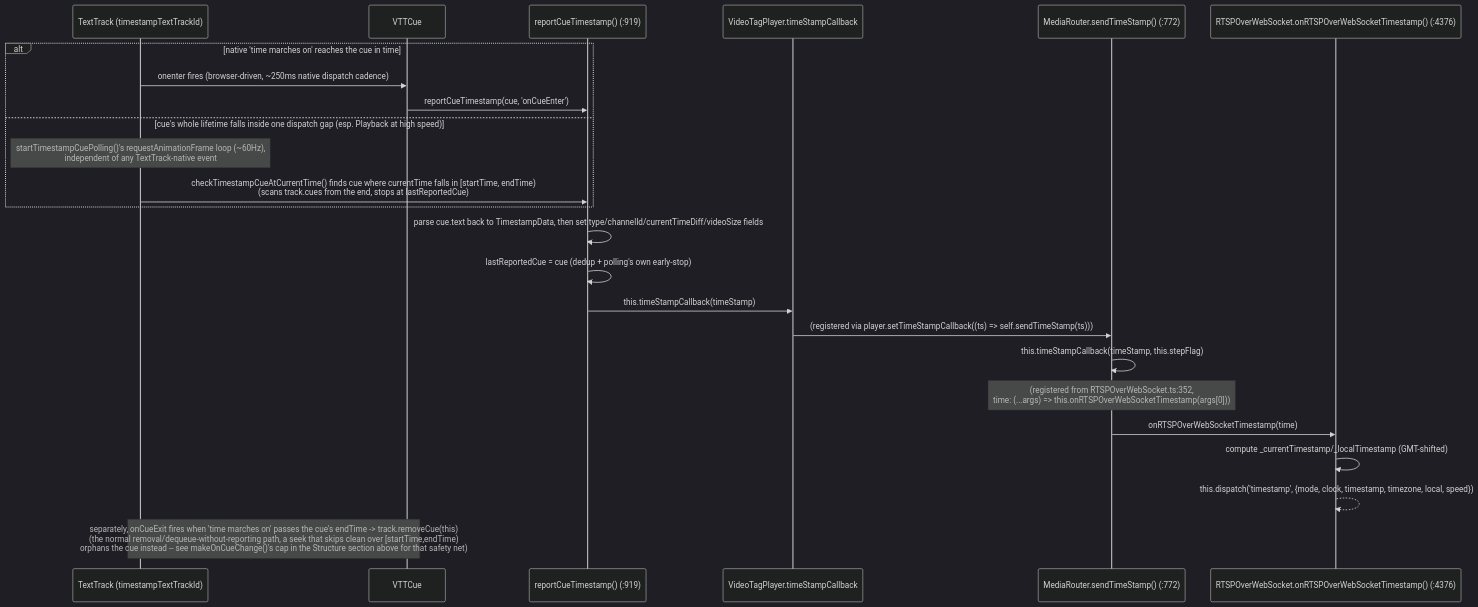
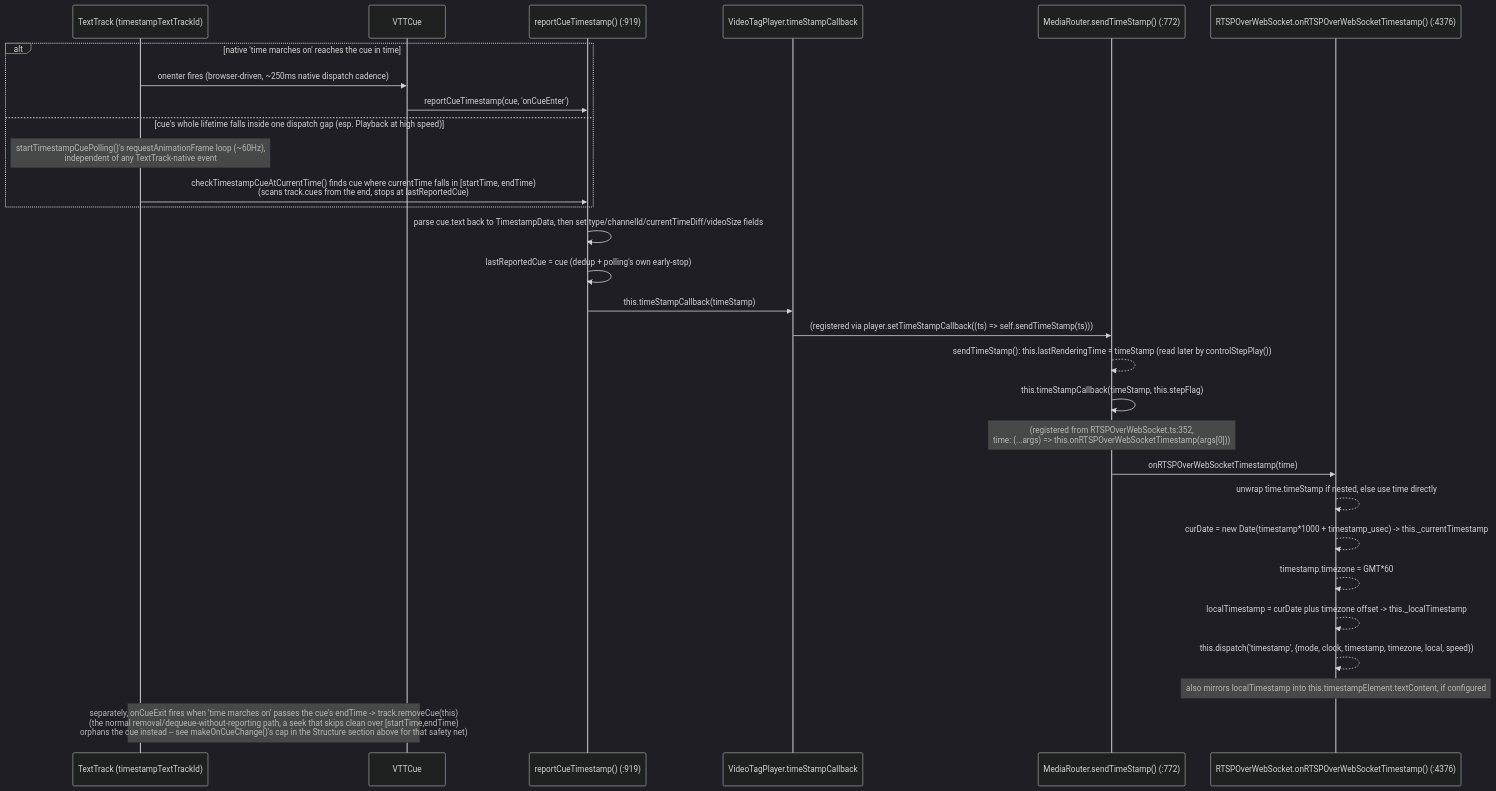
One commit to melchi45/rtsp-over-websocket changed the ninth of 12 diagrams in docs/player/05-video-tag-player.md. Above: the diagram before and after it, drawn with Mermaid (dark theme). The commit also changed other lines of this file and 3 other files, not shown here.

````diff
--- a/docs/player/05-video-tag-player.md
+++ b/docs/player/05-video-tag-player.md
@@ -697,29 +814,34 @@
 ```mermaid
 sequenceDiagram
     participant TT as TextTrack (timestampTextTrackId)
     participant Cue as VTTCue
     participant RCT as reportCueTimestamp() (:919)
     participant VTP as VideoTagPlayer.timeStampCallback
     participant MR as MediaRouter.sendTimeStamp() (:772)
     participant RWS as RTSPOverWebSocket.onRTSPOverWebSocketTimestamp() (:4376)
 
     alt native 'time marches on' reaches the cue in time
         TT->>Cue: onenter fires (browser-driven, ~250ms native dispatch cadence)
         Cue->>RCT: reportCueTimestamp(cue, 'onCueEnter')
     else cue's whole lifetime falls inside one dispatch gap (esp. Playback at high speed)
         Note over TT: startTimestampCuePolling()'s requestAnimationFrame loop (~60Hz),<br/>independent of any TextTrack-native event
         TT->>RCT: checkTimestampCueAtCurrentTime() finds cue where currentTime falls in [startTime, endTime)<br/>(scans track.cues from the end, stops at lastReportedCue)
     end
 
     RCT->>RCT: parse cue.text back to TimestampData, then set type/channelId/currentTimeDiff/videoSize fields
     RCT->>RCT: lastReportedCue = cue (dedup + polling's own early-stop)
     RCT->>VTP: this.timeStampCallback(timeStamp)
     VTP->>MR: (registered via player.setTimeStampCallback((ts) => self.sendTimeStamp(ts)))
+    MR-->>MR: sendTimeStamp(): this.lastRenderingTime = timeStamp (read later by controlStepPlay())
     MR->>MR: this.timeStampCallback(timeStamp, this.stepFlag)
     Note over MR: (registered from RTSPOverWebSocket.ts:352,<br/>time: (...args) => this.onRTSPOverWebSocketTimestamp(args[0]))
     MR->>RWS: onRTSPOverWebSocketTimestamp(time)
-    RWS->>RWS: compute _currentTimestamp/_localTimestamp (GMT-shifted)
+    RWS-->>RWS: unwrap time.timeStamp if nested, else use time directly
+    RWS-->>RWS: curDate = new Date(timestamp*1000 + timestamp_usec) -> this._currentTimestamp
+    RWS-->>RWS: timestamp.timezone = GMT*60
+    RWS-->>RWS: localTimestamp = curDate plus timezone offset -> this._localTimestamp
     RWS-->>RWS: this.dispatch('timestamp', {mode, clock, timestamp, timezone, local, speed})
+    Note over RWS: also mirrors localTimestamp into this.timestampElement.textContent, if configured
 
     Note over TT,Cue: separately, onCueExit fires when 'time marches on' passes the cue's endTime -> track.removeCue(this)<br/>(the normal removal/dequeue-without-reporting path, a seek that skips clean over [startTime,endTime)<br/>orphans the cue instead -- see makeOnCueChange()'s cap in the Structure section above for that safety net)
 ```
````
